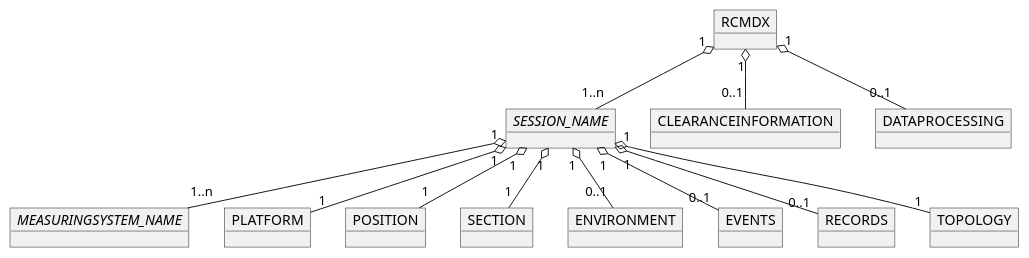
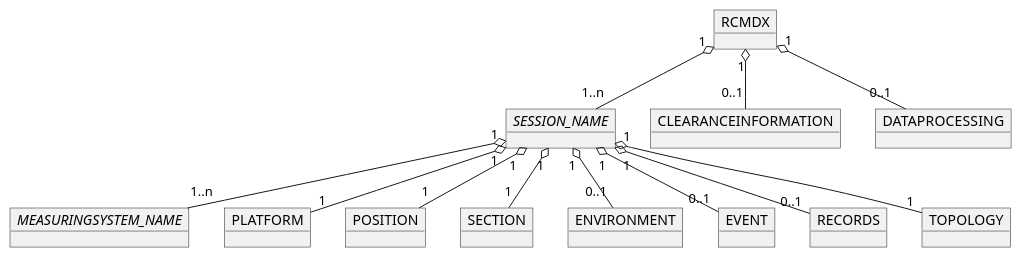
One commit to OpenRailAssociation/rcm-dx changed the second of 9 diagrams in images.puml. Above: the diagram before and after it, drawn with PlantUML. The commit also changed 13 other files, not shown here.

```diff
--- a/images.puml
+++ b/images.puml
@@ -47,37 +47,37 @@
 @startuml RCM_DX_Structure
 
   object RCMDX
 
   object "//SESSION_NAME//" as session_name
 
   object "//MEASURINGSYSTEM_NAME//" as measuringsystem_name
 
   object CLEARANCEINFORMATION
   object DATAPROCESSING
 
   object PLATFORM
 
   object POSITION
   object SECTION
   
   object ENVIRONMENT
 
-  object EVENTS
+  object EVENT
   object RECORDS
 
   object TOPOLOGY
 
   RCMDX "1" o-- "1..n" session_name
   RCMDX "1" o-- "0..1" CLEARANCEINFORMATION
   RCMDX "1" o-- "0..1" DATAPROCESSING
   
   session_name "1" o-- "1" PLATFORM
   session_name "1" o-- "1" POSITION
   session_name "1" o-- "0..1" ENVIRONMENT
   session_name "1" o-- "1..n" measuringsystem_name
-  session_name "1" o-- "0..1" EVENTS
+  session_name "1" o-- "0..1" EVENT
   session_name "1" o-- "0..1" RECORDS
   session_name "1" o-- "1" TOPOLOGY
   session_name "1" o-- "1" SECTION
   
 @enduml
```
